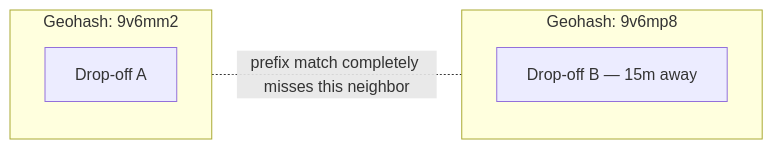
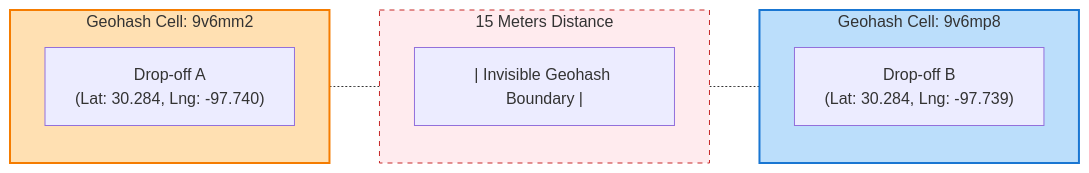
Before and after one commit to riyaz-pasha/Learnings: the fifth of 20 diagrams in system-design/HLD/0-course/28-Design Google Maps-FAANG-Guide-story.md, drawn with Mermaid. The commit also changed other lines of this file and 1 other file, not shown here.

````diff
--- a/system-design/HLD/0-course/28-Design Google Maps-FAANG-Guide-story.md
+++ b/system-design/HLD/0-course/28-Design Google Maps-FAANG-Guide-story.md
@@ -125,10 +345,20 @@
 ```mermaid
 flowchart LR
-    subgraph Cell1["Geohash: 9v6mm2"]
-        p1["Drop-off A"]
+    subgraph Cell1["Geohash Cell: 9v6mm2"]
+        A["Drop-off A<br/>(Lat: 30.284, Lng: -97.740)"]
     end
-    subgraph Cell2["Geohash: 9v6mp8"]
-        p2["Drop-off B — 15m away"]
+    
+    subgraph Boundary["15 Meters Distance"]
+        Line["| Invisible Geohash Boundary |"]
     end
-    Cell1 -."prefix match completely misses this neighbor".- Cell2
+
+    subgraph Cell2["Geohash Cell: 9v6mp8"]
+        B["Drop-off B<br/>(Lat: 30.284, Lng: -97.739)"]
+    end
+
+    Cell1 -.- Boundary -.- Cell2
+
+    style Cell1 fill:#ffe0b2,stroke:#f57c00,stroke-width:2px
+    style Cell2 fill:#bbdefb,stroke:#1976d2,stroke-width:2px
+    style Boundary fill:#ffebee,stroke:#c62828,stroke-dasharray: 5 5
 ```
````
